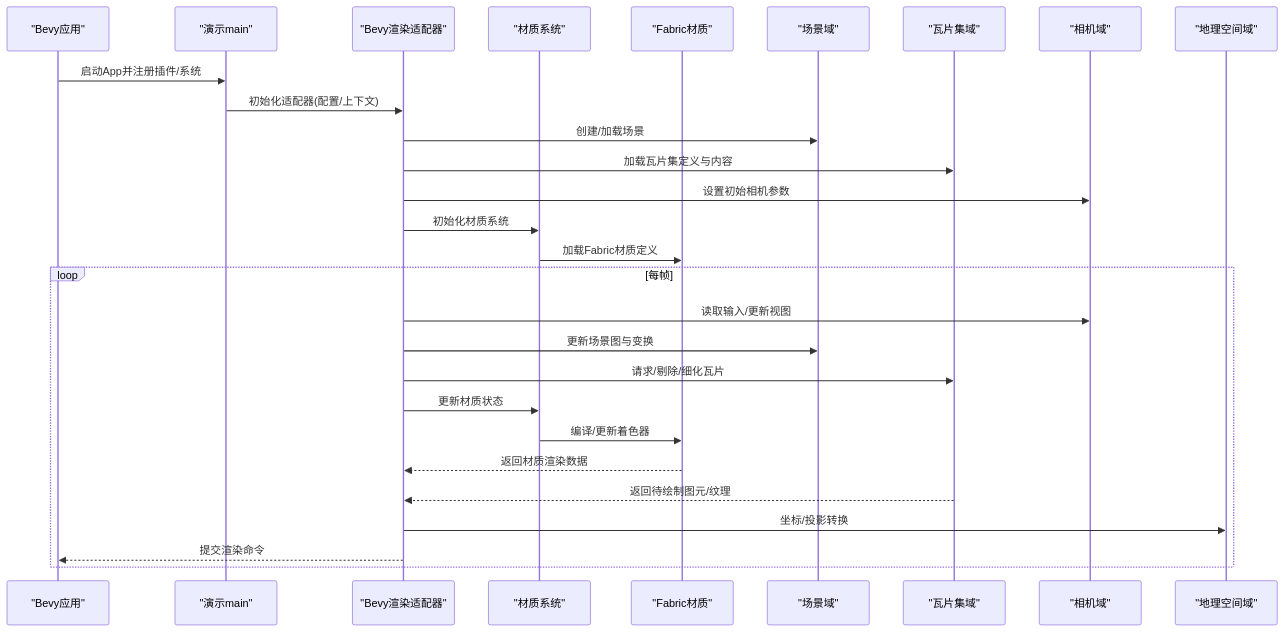
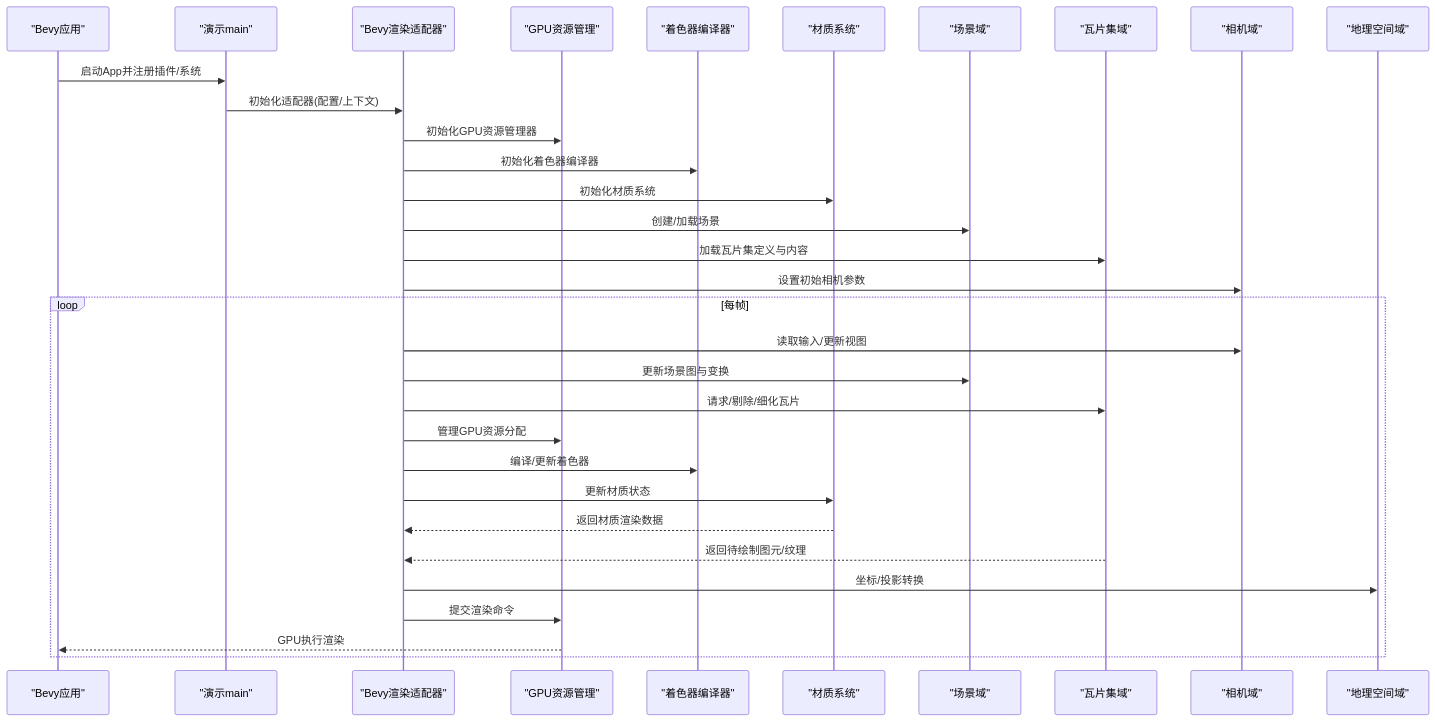
The second of 7 diagrams in .qoder/repowiki/zh/content/项目概述/核心特性/3D渲染引擎/Bevy渲染适配器.md (rzhangjing/cesium), drawn with Mermaid before and after one commit. The commit also changed other lines of this file and 27 other files, not shown here.

````diff
--- a/.qoder/repowiki/zh/content/项目概述/核心特性/3D渲染引擎/Bevy渲染适配器.md
+++ b/.qoder/repowiki/zh/content/项目概述/核心特性/3D渲染引擎/Bevy渲染适配器.md
@@ -115,30 +124,34 @@
 ```mermaid
 sequenceDiagram
 participant App as "Bevy应用"
 participant Demo as "演示main"
 participant Adapter as "Bevy渲染适配器"
+participant GPU as "GPU资源管理"
+participant Shader as "着色器编译器"
 participant Material as "材质系统"
-participant FabricMat as "Fabric材质"
 participant Scene as "场景域"
 participant Tileset as "瓦片集域"
 participant Camera as "相机域"
 participant Geo as "地理空间域"
 App->>Demo : 启动App并注册插件/系统
 Demo->>Adapter : 初始化适配器(配置/上下文)
+Adapter->>GPU : 初始化GPU资源管理器
+Adapter->>Shader : 初始化着色器编译器
+Adapter->>Material : 初始化材质系统
 Adapter->>Scene : 创建/加载场景
 Adapter->>Tileset : 加载瓦片集定义与内容
 Adapter->>Camera : 设置初始相机参数
-Adapter->>Material : 初始化材质系统
-Material->>FabricMat : 加载Fabric材质定义
 loop 每帧
 Adapter->>Camera : 读取输入/更新视图
 Adapter->>Scene : 更新场景图与变换
 Adapter->>Tileset : 请求/剔除/细化瓦片
+Adapter->>GPU : 管理GPU资源分配
+Adapter->>Shader : 编译/更新着色器
 Adapter->>Material : 更新材质状态
-Material->>FabricMat : 编译/更新着色器
-FabricMat-->>Adapter : 返回材质渲染数据
+Material-->>Adapter : 返回材质渲染数据
 Tileset-->>Adapter : 返回待绘制图元/纹理
 Adapter->>Geo : 坐标/投影转换
-Adapter-->>App : 提交渲染命令
+Adapter->>GPU : 提交渲染命令
+GPU-->>App : GPU执行渲染
 end
 ```
````
